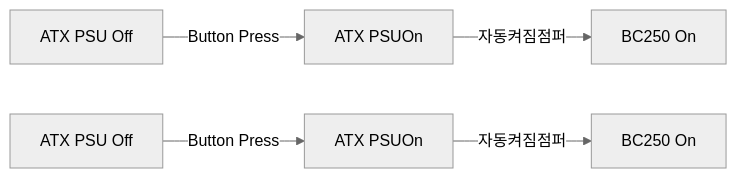
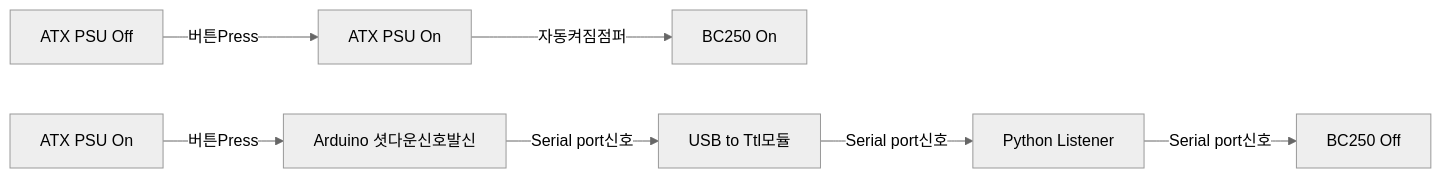
The first of 2 diagrams in README.md (coolsolgit/BC250-ATX-PSU-Control), drawn with Mermaid (neutral theme) before and after one commit.

````diff
--- a/README.md
+++ b/README.md
@@ -23,8 +23,10 @@
 ```mermaid
 flowchart LR
-  A[ATX PSU Off] -->|Button Press| B[ATX PSUOn]
+A[ATX PSU Off] -->|버튼Press| B[ATX PSU On]
   B -->|자동켜짐점퍼| C[BC250 On]
-D[ATX PSU Off] -->|Button Press| E[ATX PSUOn]
-  E -->|자동켜짐점퍼| F[BC250 On]
+D[ATX PSU On] -->|버튼Press| E[Arduino 셧다운신호발신]
+  E -->|Serial port신호| F[USB to Ttl모듈]
+  F -->|Serial port신호| G[Python Listener]
+  G -->|Serial port신호| H[BC250 Off]
 
 ```
````
